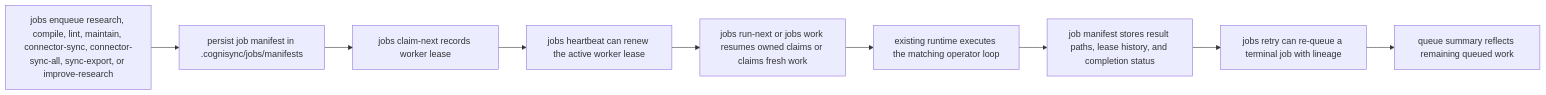
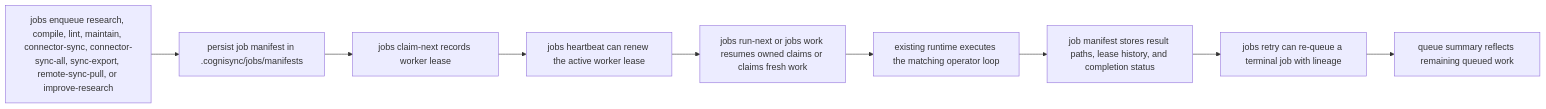
The second of 2 diagrams in docs/operator-workflows.md (shrijacked/Cognisync), drawn with Mermaid before and after one commit. The commit also changed other lines of this file and 8 other files, not shown here.

Commit message:
feat: add attached remote sync automation

````diff
--- a/docs/operator-workflows.md
+++ b/docs/operator-workflows.md
@@ -499,11 +507,11 @@
 ```mermaid
 flowchart LR
-    A["jobs enqueue research, compile, lint, maintain, connector-sync, connector-sync-all, sync-export, or improve-research"] --> B["persist job manifest in .cognisync/jobs/manifests"]
+    A["jobs enqueue research, compile, lint, maintain, connector-sync, connector-sync-all, sync-export, remote-sync-pull, or improve-research"] --> B["persist job manifest in .cognisync/jobs/manifests"]
     B --> C["jobs claim-next records worker lease"]
     C --> D["jobs heartbeat can renew the active worker lease"]
     D --> E["jobs run-next or jobs work resumes owned claims or claims fresh work"]
     E --> F["existing runtime executes the matching operator loop"]
     F --> G["job manifest stores result paths, lease history, and completion status"]
     G --> H["jobs retry can re-queue a terminal job with lineage"]
     H --> I["queue summary reflects remaining queued work"]
 ```
````
